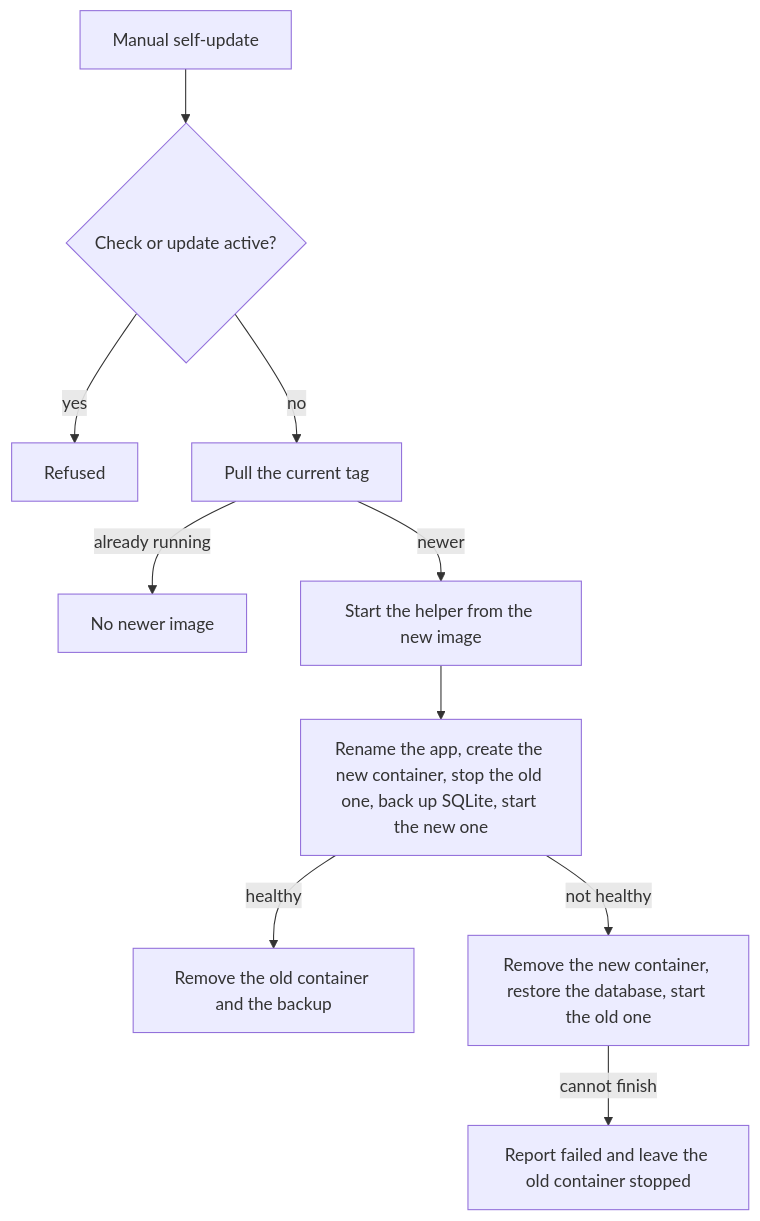
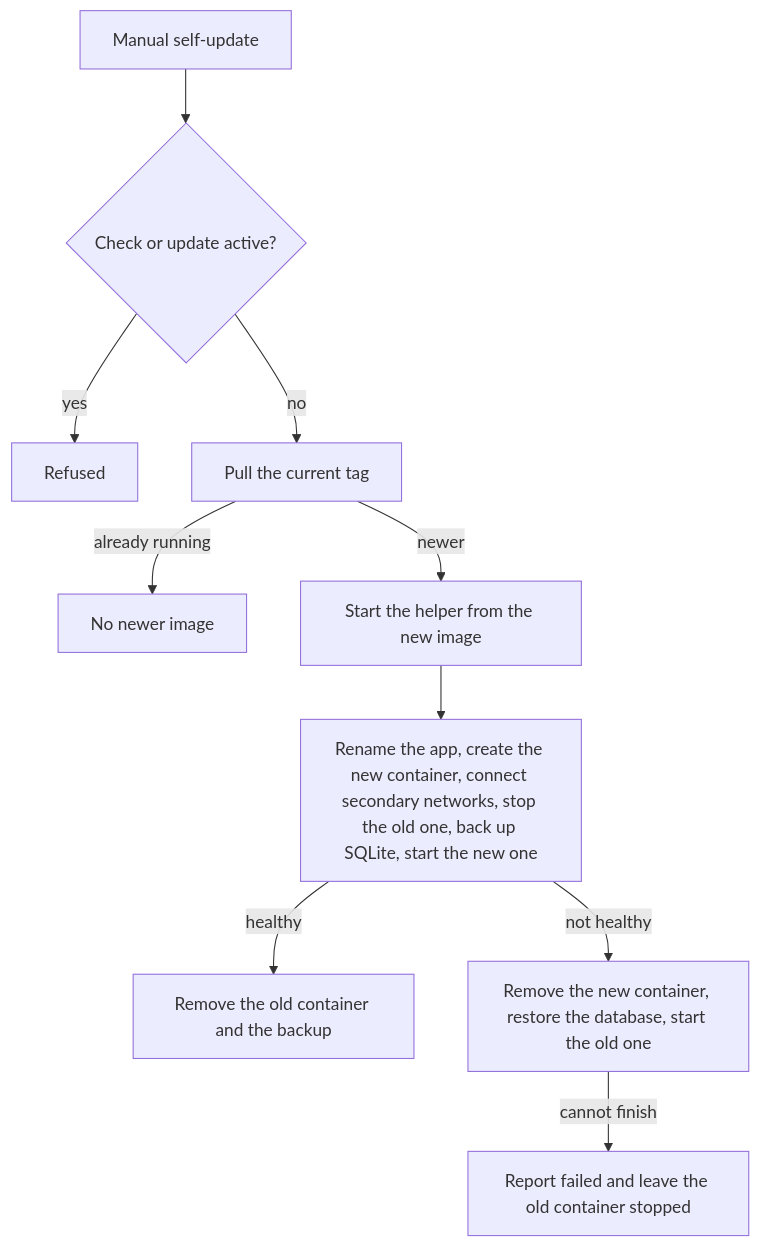
Before and after one commit to Quenary/tugtainer: the diagram in docs/SELF_UPDATE.md, drawn with Mermaid. The commit also changed other lines of this file and 7 other files, not shown here.

````diff
--- a/docs/SELF_UPDATE.md
+++ b/docs/SELF_UPDATE.md
@@ -11,12 +11,12 @@
 ```mermaid
 flowchart TD
   Start[Manual self-update] --> Busy{Check or update active?}
   Busy -- yes --> Refuse[Refused]
   Busy -- no --> Pull[Pull the current tag]
   Pull -- already running --> Noop[No newer image]
   Pull -- newer --> Helper[Start the helper from the new image]
-  Helper --> Swap[Rename the app, create the new container, stop the old one, back up SQLite, start the new one]
+  Helper --> Swap[Rename the app, create the new container, connect secondary networks, stop the old one, back up SQLite, start the new one]
   Swap -- healthy --> Done[Remove the old container and the backup]
   Swap -- not healthy --> Roll[Remove the new container, restore the database, start the old one]
   Roll -- cannot finish --> Failed[Report failed and leave the old container stopped]
 ```
````
